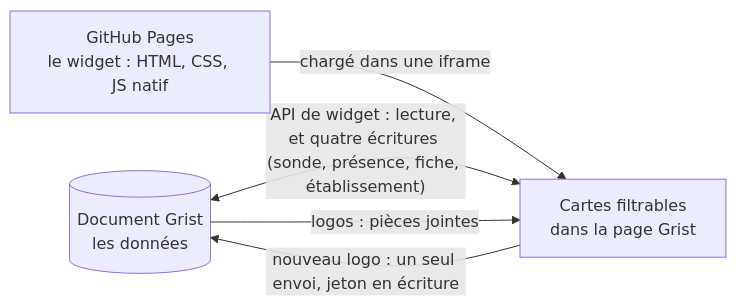
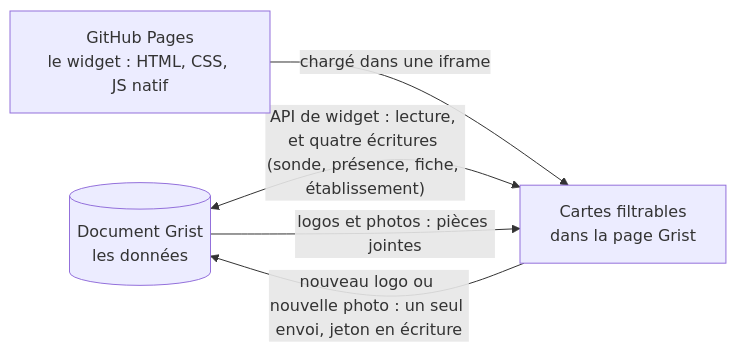
The diagram in README.md (lombre33/Annuaire_PUI_Bordeaux), drawn with Mermaid before and after one commit. The commit also changed other lines of this file and 16 other files, not shown here.

````diff
--- a/README.md
+++ b/README.md
@@ -91,10 +93,10 @@
 ```mermaid
 flowchart LR
     grist[("Document Grist<br/>les données")]
     pages["GitHub Pages<br/>le widget : HTML, CSS, JS natif"]
     cards["Cartes filtrables<br/>dans la page Grist"]
     pages -->|"chargé dans une iframe"| cards
     grist <-->|"API de widget : lecture, et quatre écritures (sonde, présence, fiche, établissement)"| cards
-    grist -->|"logos : pièces jointes"| cards
-    cards -->|"nouveau logo : un seul envoi, jeton en écriture"| grist
+    grist -->|"logos et photos : pièces jointes"| cards
+    cards -->|"nouveau logo ou nouvelle photo : un seul envoi, jeton en écriture"| grist
 ```
````
